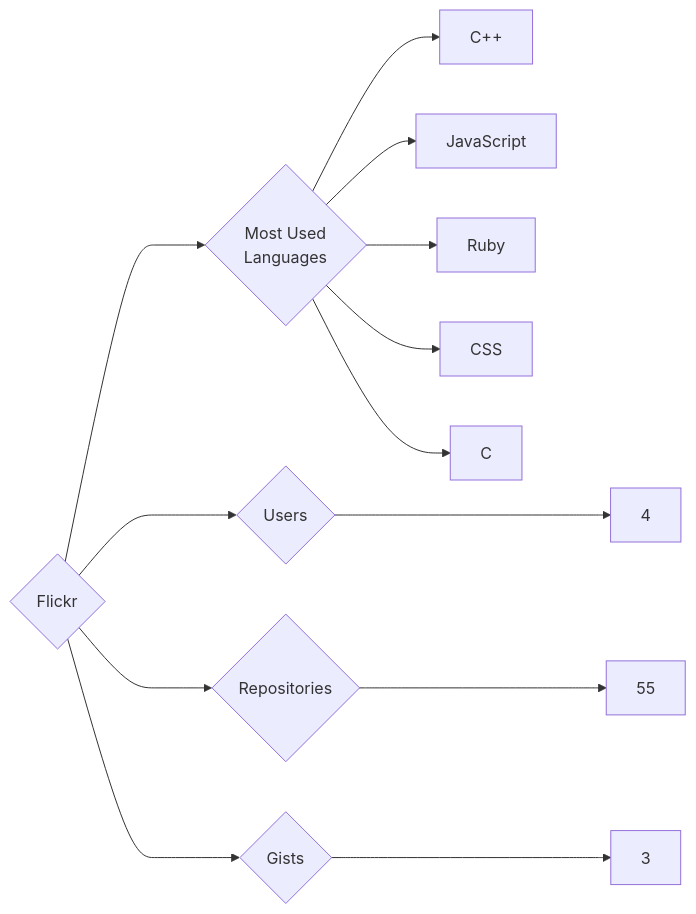
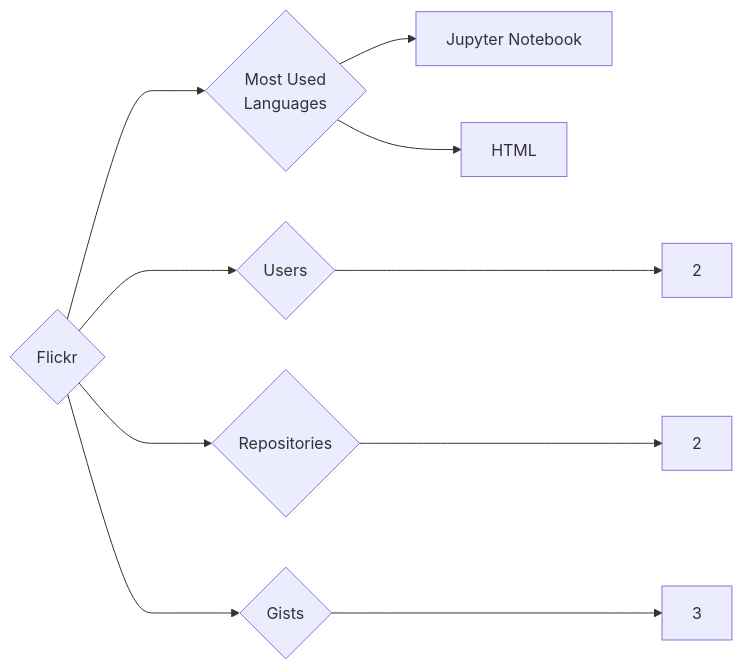
Before and after one commit to trickest/insiders: the diagram in targets/Flickr/README.md, drawn with Mermaid. The commit also changed 1007 other files, not shown here.

````diff
--- a/targets/Flickr/README.md
+++ b/targets/Flickr/README.md
@@ -3,13 +3,10 @@
 ```mermaid
 graph LR
 COMPANY_NAME{Flickr}
-COMPANY_NAME ---> U{Users} ---> UN[4]
-COMPANY_NAME ---> R{Repositories} ---> RN[55]
+COMPANY_NAME ---> U{Users} ---> UN[2]
+COMPANY_NAME ---> R{Repositories} ---> RN[2]
 COMPANY_NAME ---> G{Gists} ---> GN[3]
 COMPANY_NAME ---> ML{Most Used<br>Languages}
-ML --> C++[C++]
-ML --> JavaScript[JavaScript]
-ML --> Ruby[Ruby]
-ML --> CSS[CSS]
-ML --> C[C]
+ML --> Jupyter_Notebook[Jupyter Notebook]
+ML --> HTML[HTML]
 ```
````
